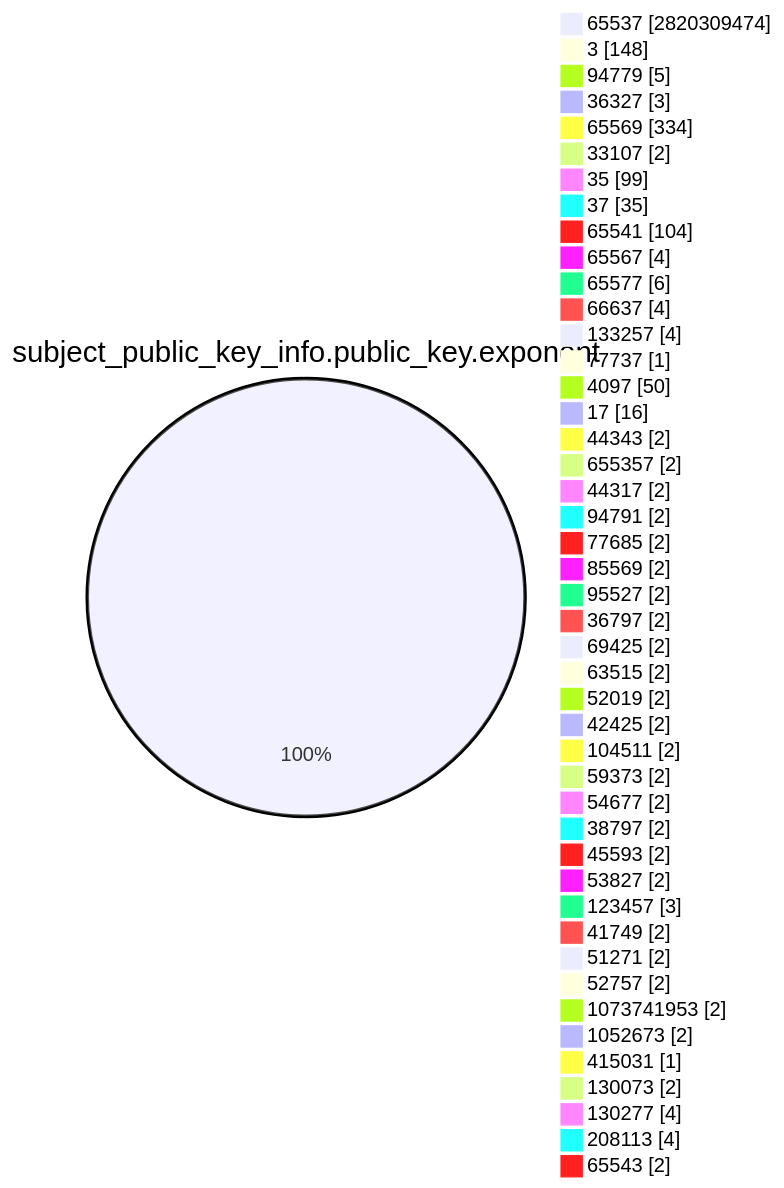
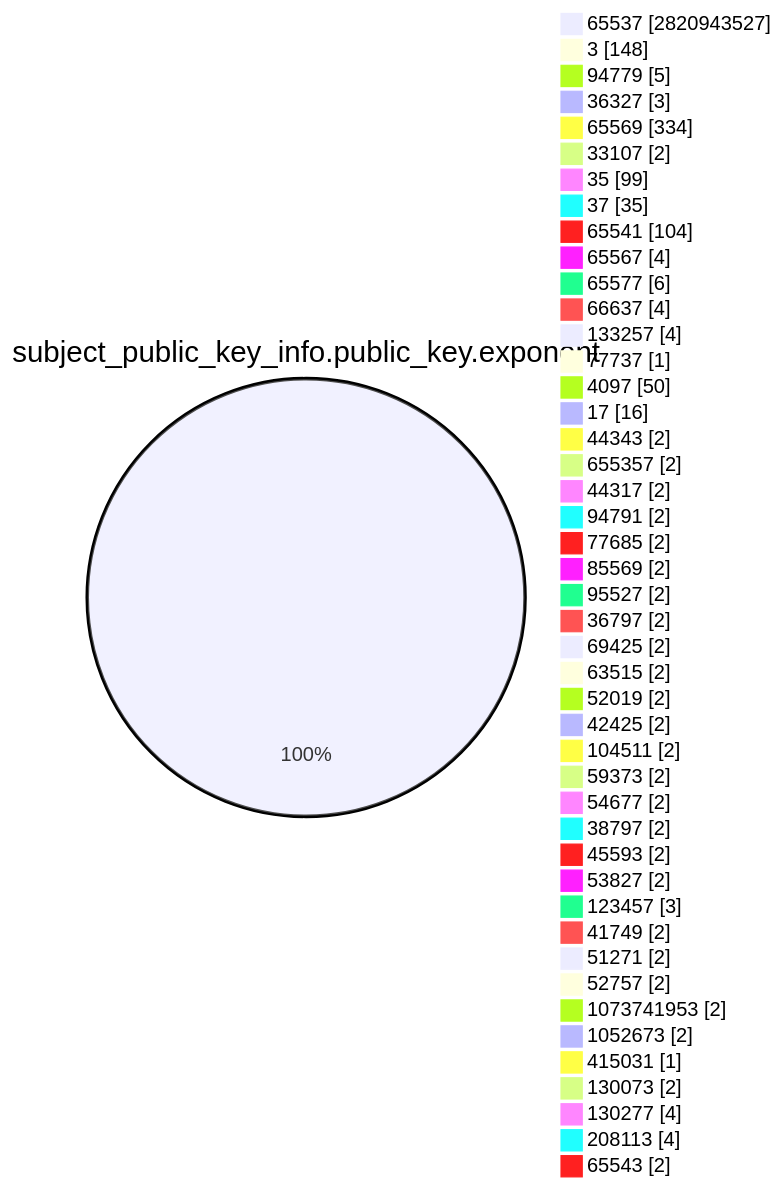
The fourth of 15 diagrams in TOTAL/README.md (christiankrug/ctmonitor_visualization), drawn with Mermaid before and after one commit. The commit also changed other lines of this file, not shown here.

````diff
--- a/TOTAL/README.md
+++ b/TOTAL/README.md
@@ -1468,49 +1468,49 @@
 ```mermaid
 pie showData
 title subject_public_key_info.public_key.exponent
-"65537" :2820309474
+"65537" :2820943527
 "3" :148
 "94779" :5
 "36327" :3
 "65569" :334
 "33107" :2
 "35" :99
 "37" :35
 "65541" :104
 "65567" :4
 "65577" :6
 "66637" :4
 "133257" :4
 "77737" :1
 "4097" :50
 "17" :16
 "44343" :2
 "655357" :2
 "44317" :2
 "94791" :2
 "77685" :2
 "85569" :2
 "95527" :2
 "36797" :2
 "69425" :2
 "63515" :2
 "52019" :2
 "42425" :2
 "104511" :2
 "59373" :2
 "54677" :2
 "38797" :2
 "45593" :2
 "53827" :2
 "123457" :3
 "41749" :2
 "51271" :2
 "52757" :2
 "1073741953" :2
 "1052673" :2
 "415031" :1
 "130073" :2
 "130277" :4
 "208113" :4
 "65543" :2
 ```
````
